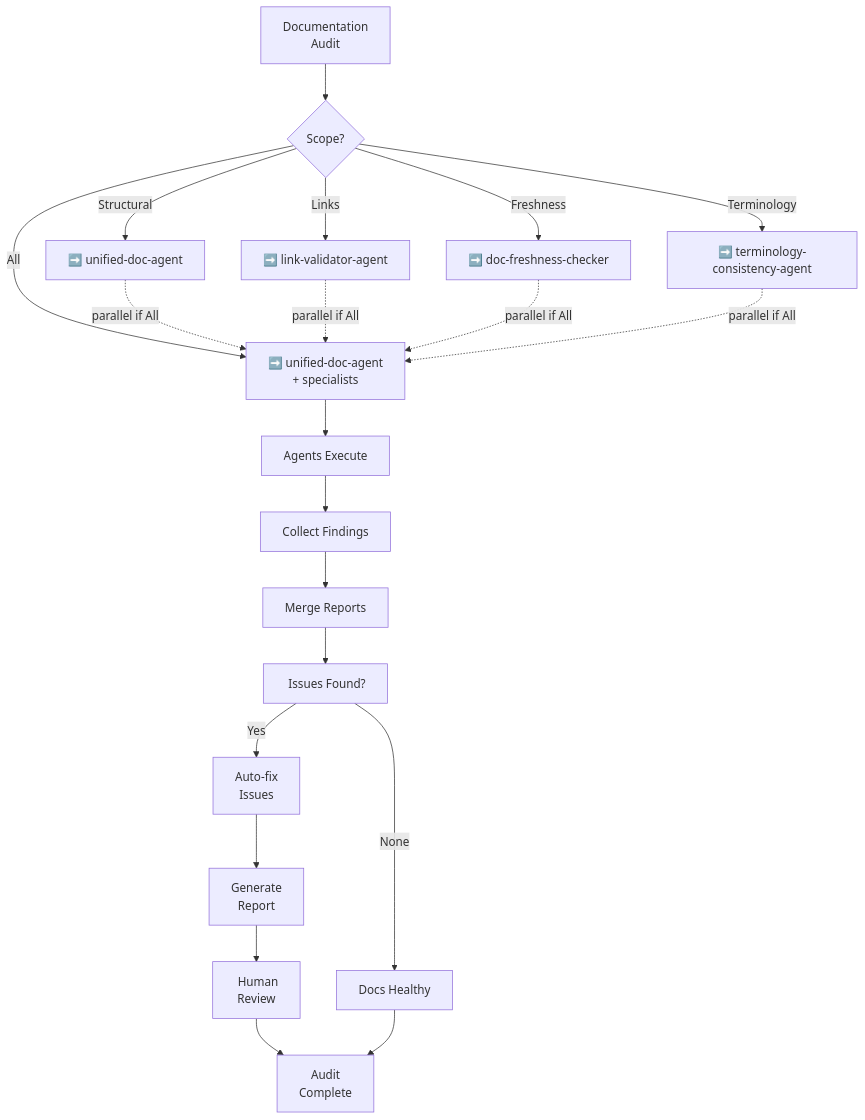
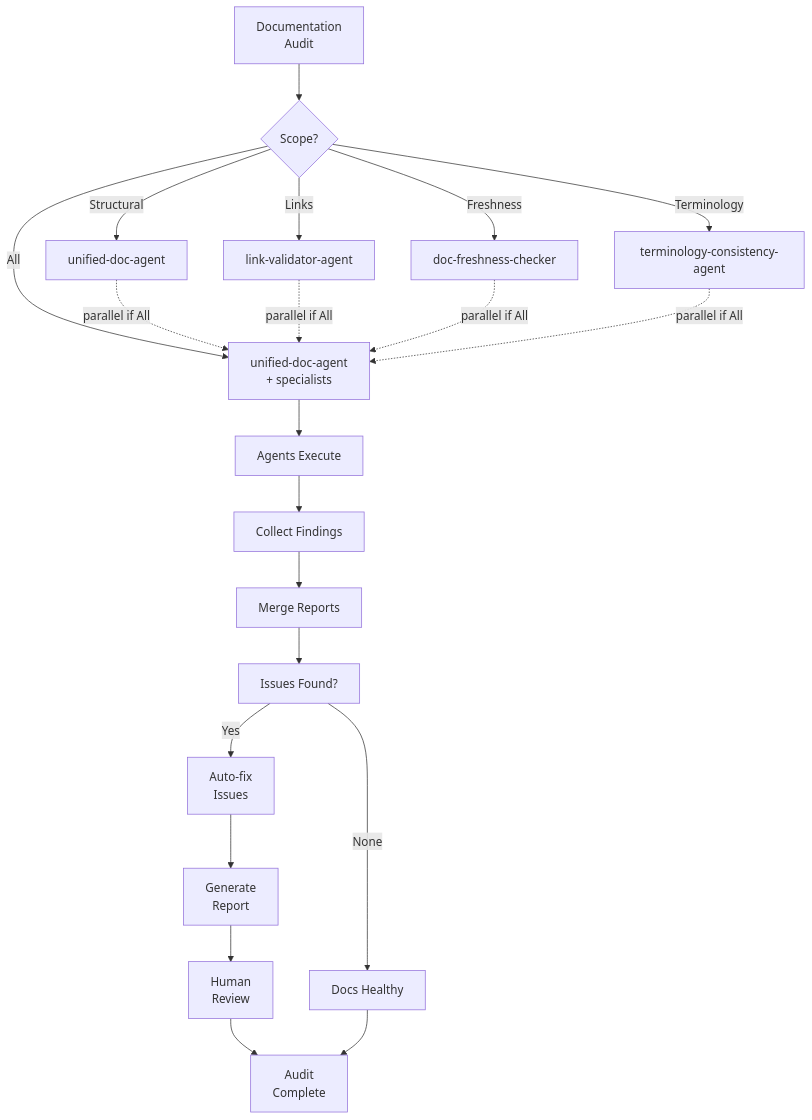
The fifth of 10 diagrams in docs/agent/CUSTOM_AGENT_COORDINATION_WORKFLOWS.md (Aries-Serpent/_codex_), drawn with Mermaid before and after one commit. The commit also changed other lines of this file and 4117 other files, not shown here.

````diff
--- a/docs/agent/CUSTOM_AGENT_COORDINATION_WORKFLOWS.md
+++ b/docs/agent/CUSTOM_AGENT_COORDINATION_WORKFLOWS.md
@@ -239,33 +322,40 @@
 ```mermaid
 graph TD
-    A[" Documentation<br/>Audit"] --> B{Scope?}
 
-    B -->|Structural| B1["➡️ unified-doc-agent"]
-    B -->|Links| B2["➡️ link-validator-agent"]
-    B -->|Freshness| B3["➡️ doc-freshness-checker"]
-    B -->|Terminology| B4["➡️ terminology-consistency-agent"]
-    B -->|All| B5["➡️ unified-doc-agent<br/>+ specialists"]
+ A[" Documentation<br/>Audit"] --> B{Scope?}
 
-    B1 -.->|parallel if All| B5
-    B2 -.->|parallel if All| B5
-    B3 -.->|parallel if All| B5
-    B4 -.->|parallel if All| B5
+ B -->|Structural| B1[" unified-doc-agent"]
 
-    B5 --> C[" Agents Execute"]
+ B -->|Links| B2[" link-validator-agent"]
 
-    C --> D[" Collect Findings"]
+ B -->|Freshness| B3[" doc-freshness-checker"]
 
-    D --> E[" Merge Reports"]
+ B -->|Terminology| B4[" terminology-consistency-agent"]
 
-    E --> F["️ Issues Found?"]
+ B -->|All| B5[" unified-doc-agent<br/>+ specialists"]
 
-    F -->|None| G[" Docs Healthy"]
-    F -->|Yes| H[" Auto-fix<br/>Issues"]
+ B1 -.->|parallel if All| B5
+ B2 -.->|parallel if All| B5
+ B3 -.->|parallel if All| B5
+ B4 -.->|parallel if All| B5
 
-    H --> I[" Generate<br/>Report"]
+ B5 --> C[" Agents Execute"]
 
-    I --> J["️ Human<br/>Review"]
+ C --> D[" Collect Findings"]
 
-    J --> K[" Audit<br/>Complete"]
-    G --> K
+ D --> E[" Merge Reports"]
+
+ E --> F[" Issues Found?"]
+
+ F -->|None| G[" Docs Healthy"]
+
+ F -->|Yes| H[" Auto-fix<br/>Issues"]
+
+ H --> I[" Generate<br/>Report"]
+
+ I --> J[" Human<br/>Review"]
+
+ J --> K[" Audit<br/>Complete"]
+
+ G --> K
 ```
````
